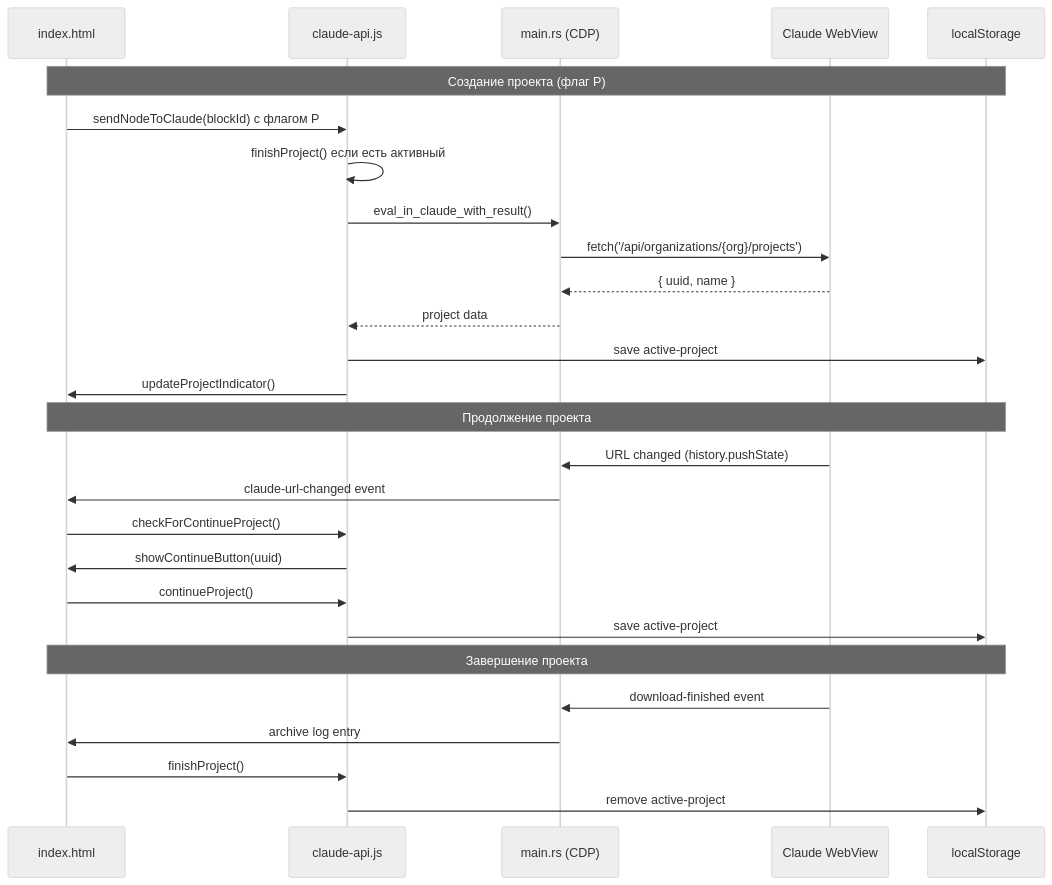
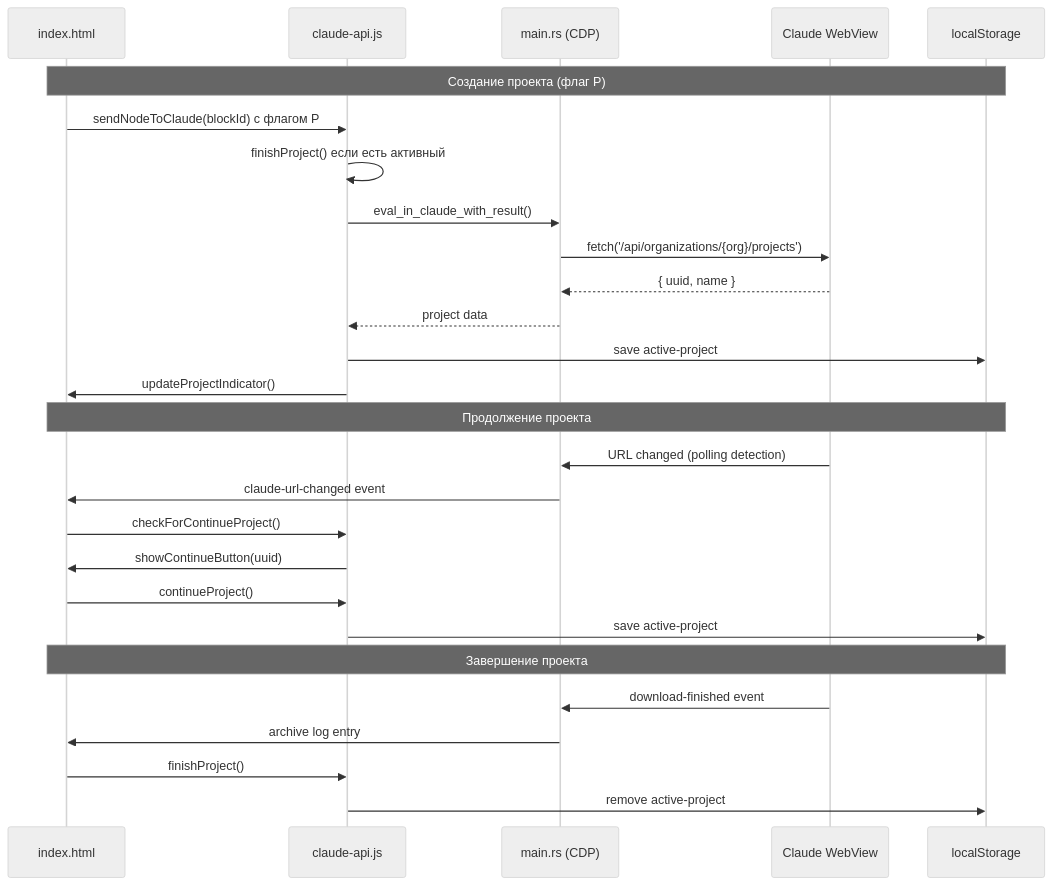
Before and after one commit to IllWicked/ai-prompts-manager: the diagram in docs/04-CLAUDE.md, drawn with Mermaid (neutral theme). The commit also changed other lines of this file and 23 other files, not shown here.

````diff
--- a/docs/04-CLAUDE.md
+++ b/docs/04-CLAUDE.md
@@ -411,32 +400,32 @@
 ```mermaid
 sequenceDiagram
     participant UI as index.html
     participant API as claude-api.js
     participant Tauri as main.rs (CDP)
     participant Claude as Claude WebView
     participant Storage as localStorage
 
     Note over UI,Storage: Создание проекта (флаг P)
     UI->>API: sendNodeToClaude(blockId) с флагом P
     API->>API: finishProject() если есть активный
     API->>Tauri: eval_in_claude_with_result()
     Tauri->>Claude: fetch('/api/organizations/{org}/projects')
     Claude-->>Tauri: { uuid, name }
     Tauri-->>API: project data
     API->>Storage: save active-project
     API->>UI: updateProjectIndicator()
 
     Note over UI,Storage: Продолжение проекта
-    Claude->>Tauri: URL changed (history.pushState)
+    Claude->>Tauri: URL changed (polling detection)
     Tauri->>UI: claude-url-changed event
     UI->>API: checkForContinueProject()
     API->>UI: showContinueButton(uuid)
     UI->>API: continueProject()
     API->>Storage: save active-project
 
     Note over UI,Storage: Завершение проекта
     Claude->>Tauri: download-finished event
     Tauri->>UI: archive log entry
     UI->>API: finishProject()
     API->>Storage: remove active-project
 ```
````
